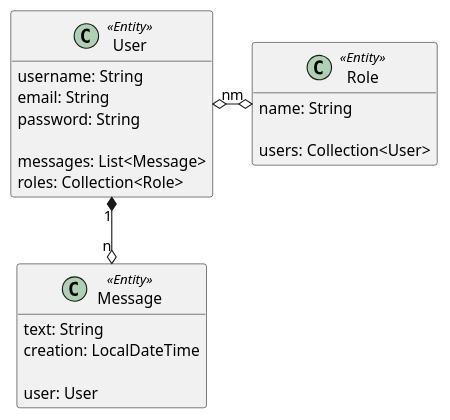
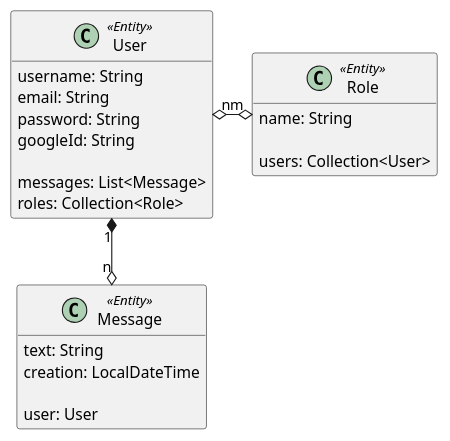
Before and after one commit to ThomasBoigner/sj2223-5bhif-scientific-paper: the diagram in src/puml/domain.puml, drawn with PlantUML. The commit also changed 6 other files, not shown here.

```diff
--- a/src/puml/domain.puml
+++ b/src/puml/domain.puml
@@ -1,29 +1,30 @@
 @startuml
 hide methods
 
 class User <<Entity>> {
     username: String
     email: String
     password: String
+    googleId: String
 
     messages: List<Message>
     roles: Collection<Role>
 }
 
 class Message<<Entity>>{
     text: String
     creation: LocalDateTime
 
     user: User
 }
 
 class Role<<Entity>>{
     name: String
 
     users: Collection<User>
 }
 
 User "1" *-down-o "n" Message
 User "n" o-o "m" Role
 
 @enduml
```
